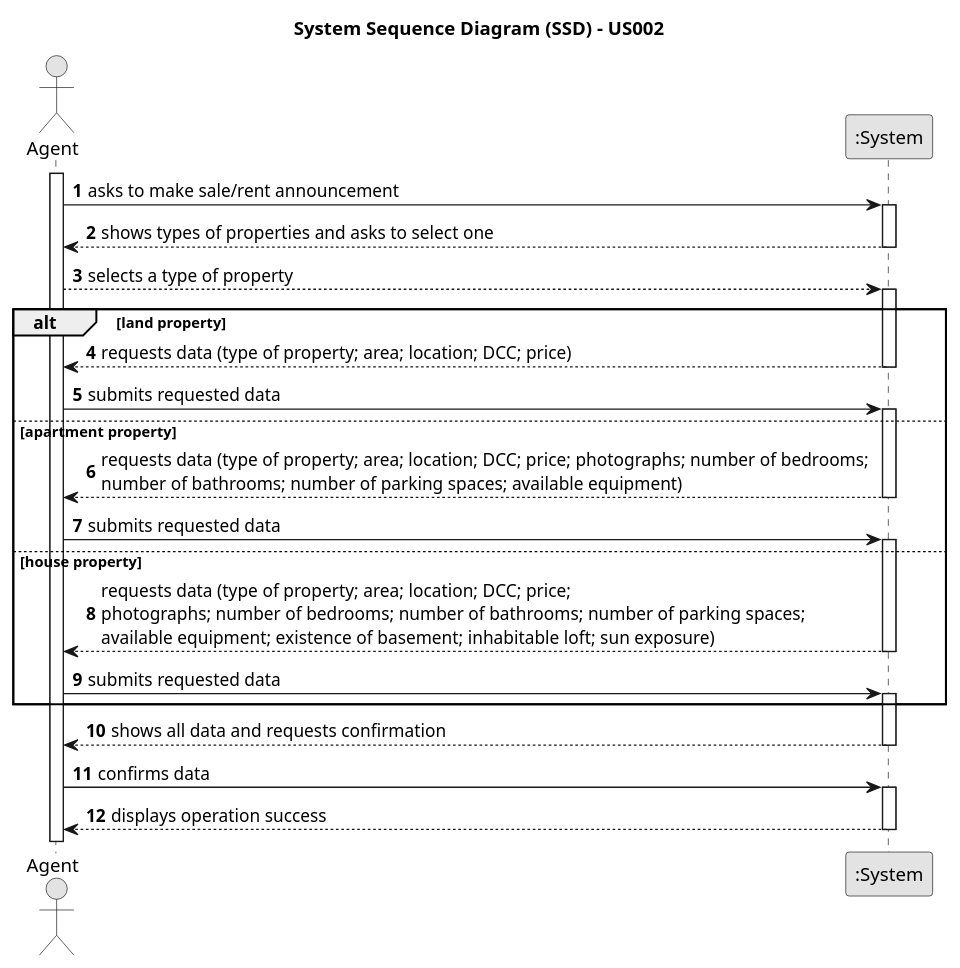
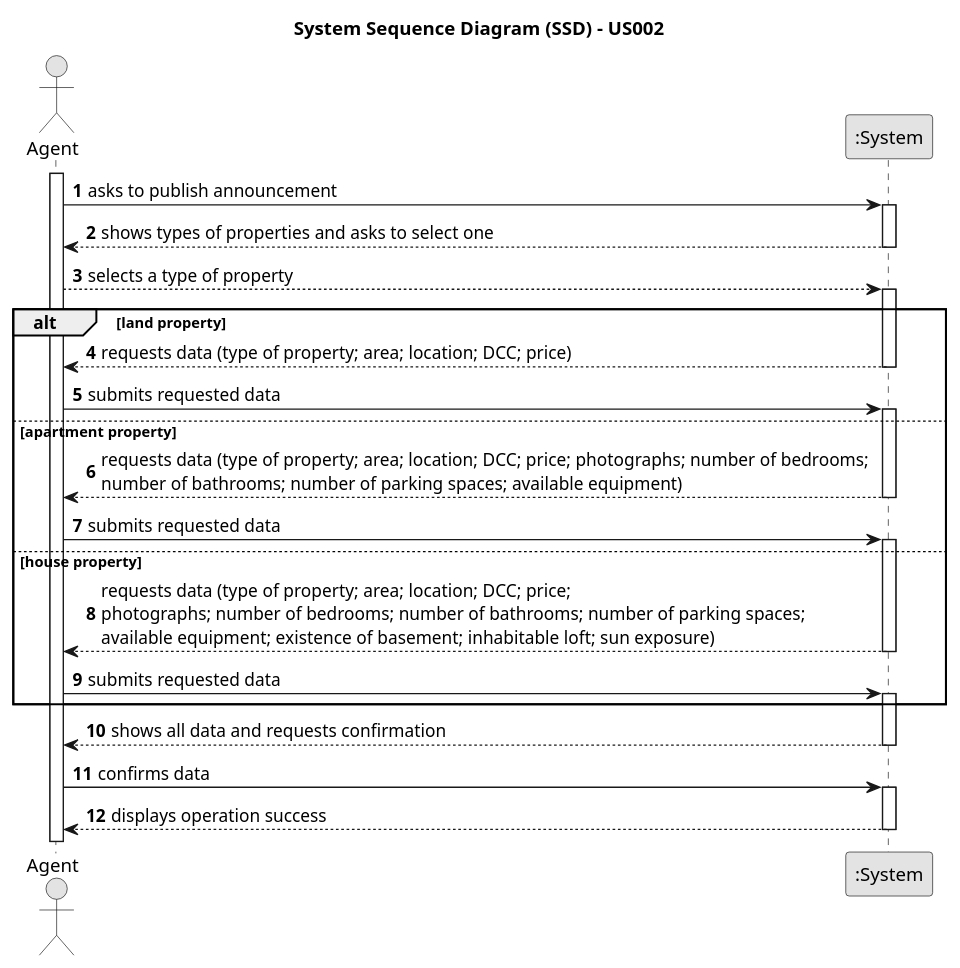
One commit to rita-barbosa/LAPR2-2223 changed the diagram in docs/sprintA/us002/01.requirements-engineering/puml/us002-system-sequence-diagram.puml. Above: the diagram before and after it, drawn with PlantUML. The commit also changed 4 other files, not shown here.

Commit message:
Update of the questions/Acceptance Criteria/Output Data in us002-01.requirements-engineering; Added UC/US name and link in use-case-diagram.md;

```diff
--- a/docs/sprintA/us002/01.requirements-engineering/puml/us002-system-sequence-diagram.puml
+++ b/docs/sprintA/us002/01.requirements-engineering/puml/us002-system-sequence-diagram.puml
@@ -1,52 +1,52 @@
 @startuml
 skinparam monochrome true
 skinparam packageStyle rectangle
 skinparam shadowing false
 
 title System Sequence Diagram (SSD) - US002
 
 autonumber
 
 actor "Agent" as Employee
 participant ":System" as System
 
 activate Employee
 
-    Employee -> System : asks to make sale/rent announcement
+    Employee -> System : asks to publish announcement
     activate System
 
     System --> Employee : shows types of properties and asks to select one
     deactivate System
 
     Employee --> System : selects a type of property
         activate System
 
     alt land property
        System --> Employee : requests data (type of property; area; location; DCC; price)
           deactivate System
       Employee -> System : submits requested data
               activate System
 
     else apartment property
       System --> Employee : requests data (type of property; area; location; DCC; price; photographs; number of bedrooms; \nnumber of bathrooms; number of parking spaces; available equipment)
         deactivate System
     Employee -> System : submits requested data
             activate System
     else house property
 
       System --> Employee : requests data (type of property; area; location; DCC; price; \nphotographs; number of bedrooms; number of bathrooms; number of parking spaces; \navailable equipment; existence of basement; inhabitable loft; sun exposure)
         deactivate System
 
         Employee -> System : submits requested data
         activate System
 end
         System --> Employee : shows all data and requests confirmation
     deactivate System
 
     Employee -> System : confirms data
     activate System
 
         System --> Employee : displays operation success
     deactivate System
 
 @enduml
```
